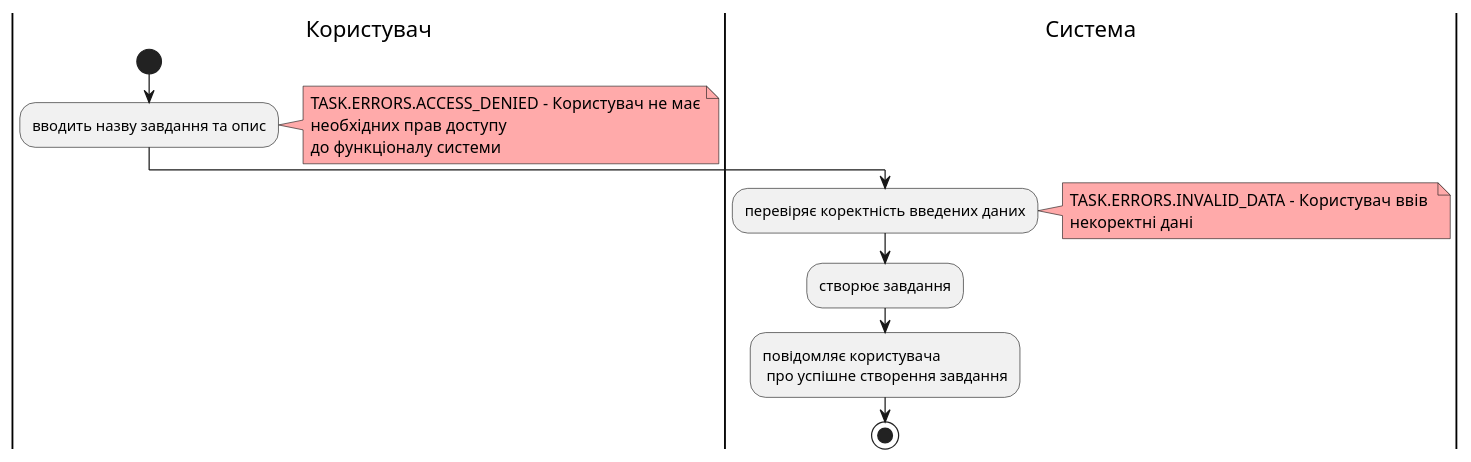
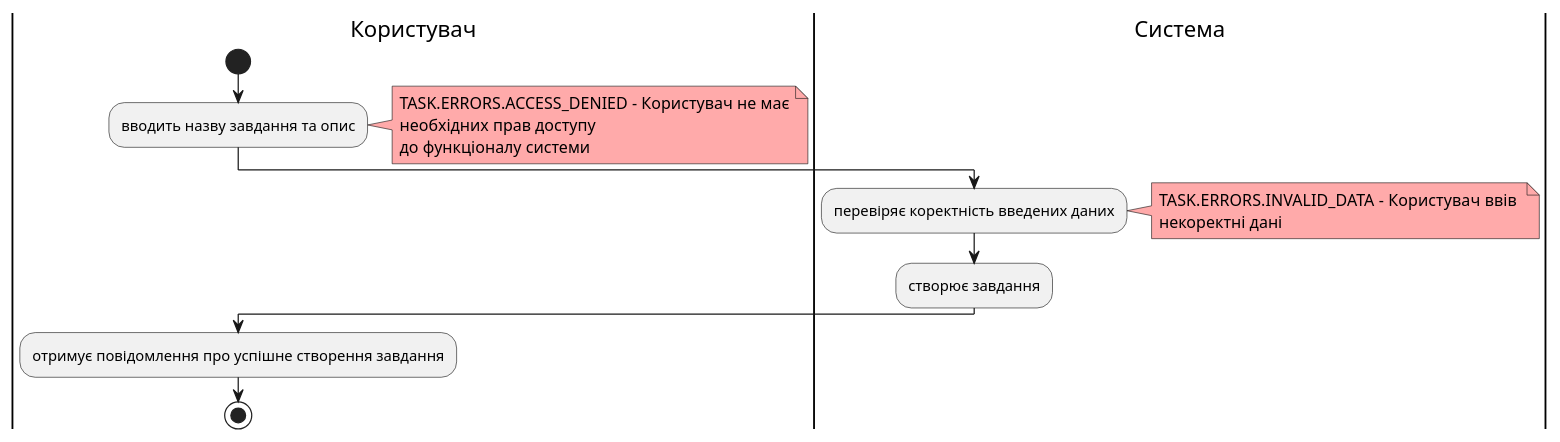
Before and after one commit to yarikkot04/Sup: the tenth of 23 diagrams in docs/use cases/README.md, drawn with PlantUML. The commit also changed other lines of this file and 1 other file, not shown here.

```diff
--- a/docs/use cases/README.md
+++ b/docs/use cases/README.md
@@ -424,21 +428,21 @@
 @startuml
 
     |Користувач|
      start
       :вводить назву завдання та опис;
        note right #ffaaaa
        TASK.ERRORS.ACCESS_DENIED - Користувач не має
        необхідних прав доступу
        до функціоналу системи
        end note
      |Система|
        :перевіряє коректність введених даних;
         note right #ffaaaa
         TASK.ERRORS.INVALID_DATA - Користувач ввів 
         некоректні дані
         end note
        :створює завдання;
-       :повідомляє користувача 
-        про успішне створення завдання;
+    |Користувач|
+       :отримує повідомлення про успішне створення завдання;
     stop;
 @enduml
```
